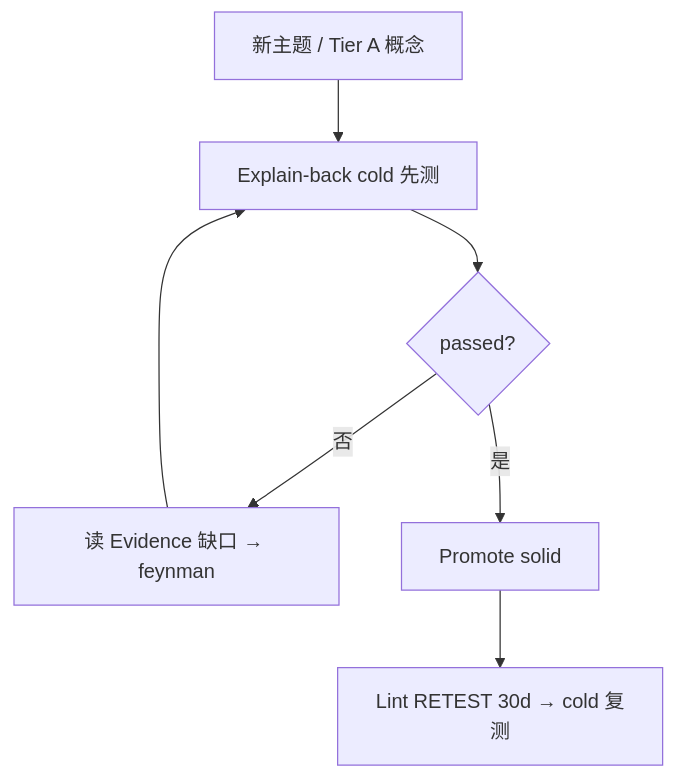
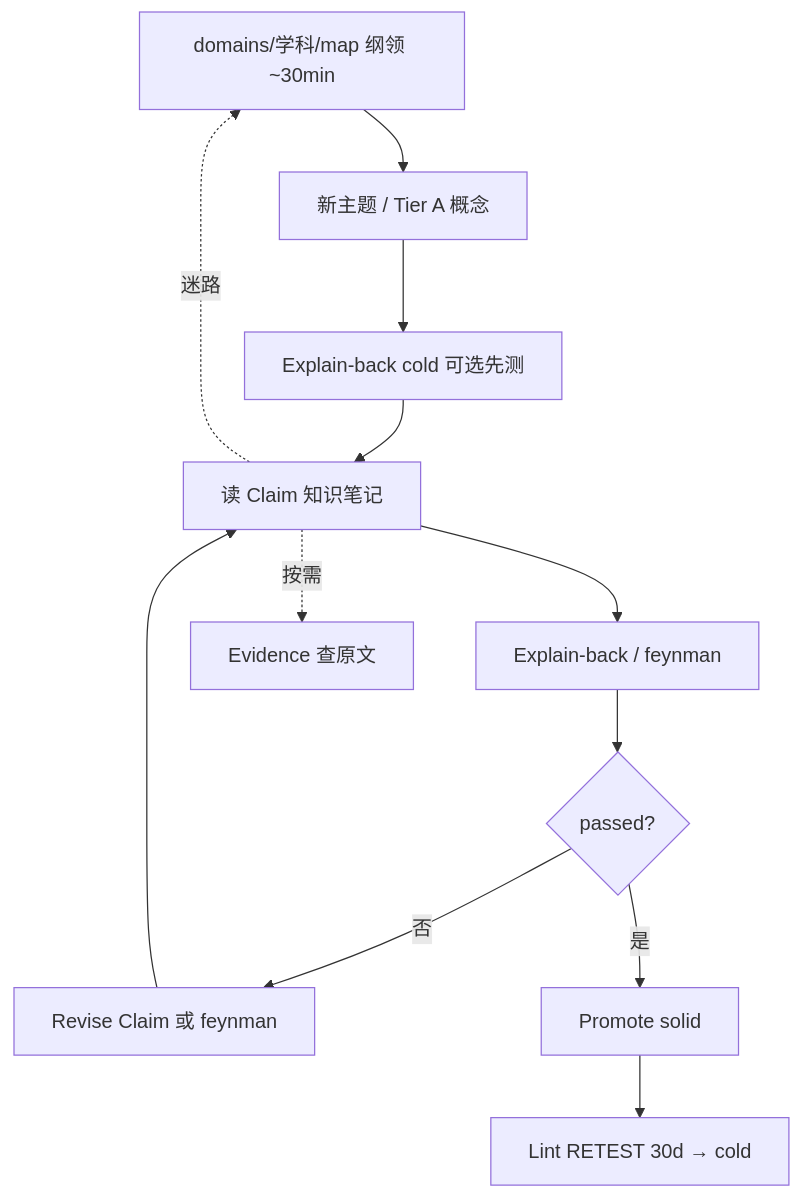
One commit to dylanchen1925/zhuomo changed the diagram in templates/wiki/help.md. Above: the diagram before and after it, drawn with Mermaid. The commit also changed other lines of this file and 22 other files, not shown here.

First line of the commit message:
Refactor skill into references/ and expand user guide with feature diagrams.

````diff
--- a/templates/wiki/help.md
+++ b/templates/wiki/help.md
@@ -14,9 +34,14 @@
 ```mermaid
 flowchart TD
-  A[新主题 / Tier A 概念] --> B["Explain-back cold 先测"]
-  B --> C{passed?}
-  C -->|否| D["读 Evidence 缺口 → feynman"]
-  D --> B
-  C -->|是| E[Promote solid]
-  E --> F["Lint RETEST 30d → cold 复测"]
+  M["domains/学科/map 纲领 ~30min"] --> A[新主题 / Tier A 概念]
+  A --> B["Explain-back cold 可选先测"]
+  B --> C["读 Claim 知识笔记"]
+  C --> D["Explain-back / feynman"]
+  D --> E{passed?}
+  E -->|否| F["Revise Claim 或 feynman"]
+  F --> C
+  E -->|是| G[Promote solid]
+  G --> H["Lint RETEST 30d → cold"]
+  C -.->|按需| I[Evidence 查原文]
+  C -.->|迷路| M
 ```
````
